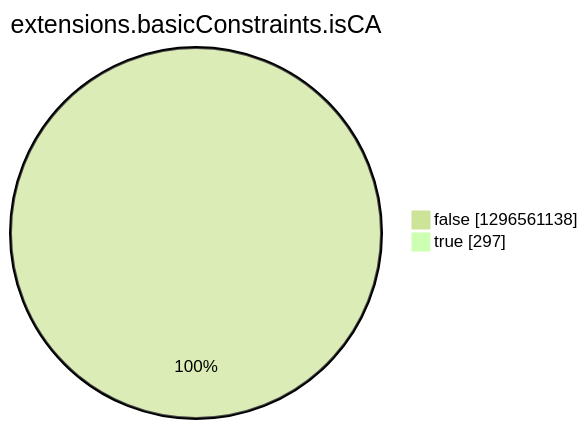
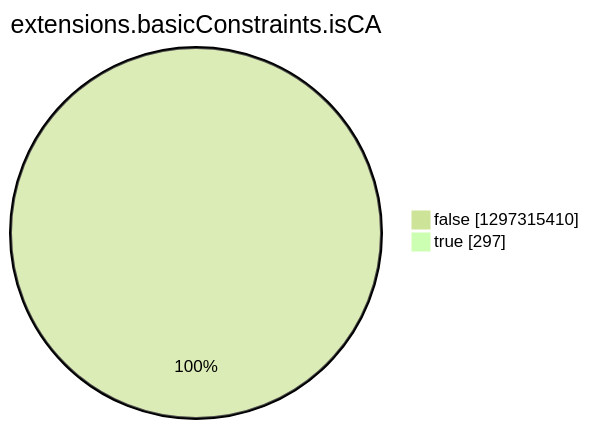
The eighth of 15 diagrams in argon2022/README.md (christiankrug/ctmonitor_visualization), drawn with Mermaid (forest theme) before and after one commit. The commit also changed other lines of this file, not shown here.

````diff
--- a/argon2022/README.md
+++ b/argon2022/README.md
@@ -2757,6 +2757,6 @@
 ```mermaid
 pie showData
 title extensions.basicConstraints.isCA
-"false" :1296561138
+"false" :1297315410
 "true" :297
 ```
````
